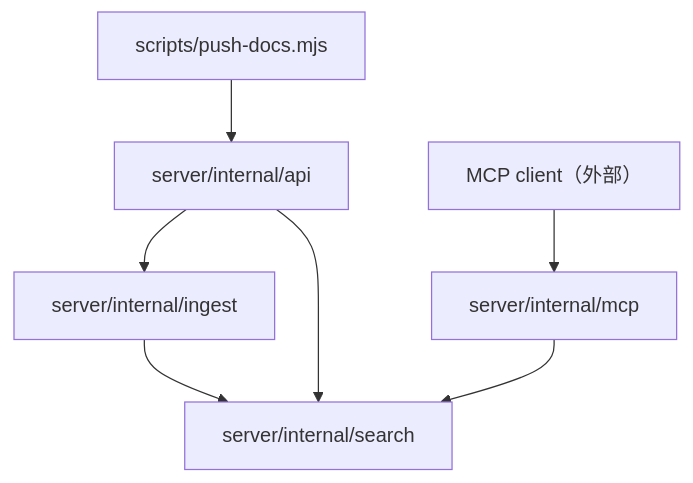
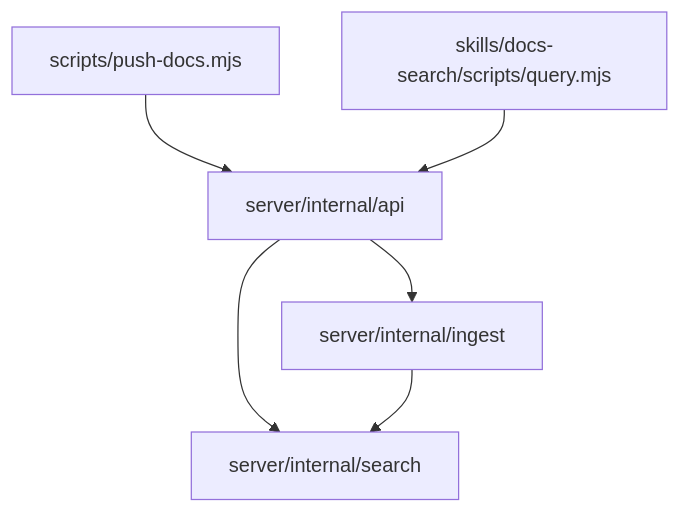
The diagram in .agents/docs/CODE-MAP.md (HodgeWen/docs-server), drawn with Mermaid before and after one commit. The commit also changed other lines of this file and 6 other files, not shown here.

````diff
--- a/.agents/docs/CODE-MAP.md
+++ b/.agents/docs/CODE-MAP.md
@@ -38,9 +39,8 @@
 ```mermaid
 graph TD
     push["scripts/push-docs.mjs"] --> api["server/internal/api"]
-    mcpclient["MCP client（外部）"] --> mcp["server/internal/mcp"]
+    query["skills/docs-search/scripts/query.mjs"] --> api
     api --> ingest["server/internal/ingest"]
     api --> search["server/internal/search"]
-    mcp --> search
     ingest --> search
 ```
````
